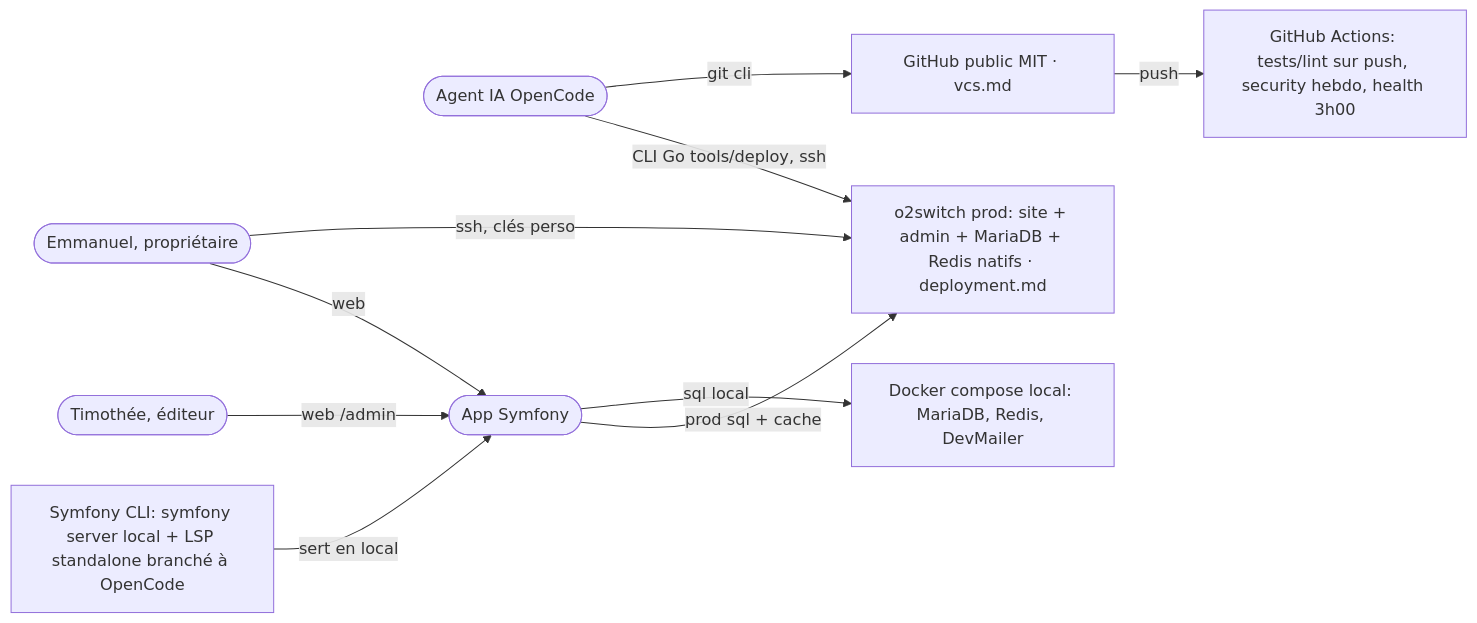
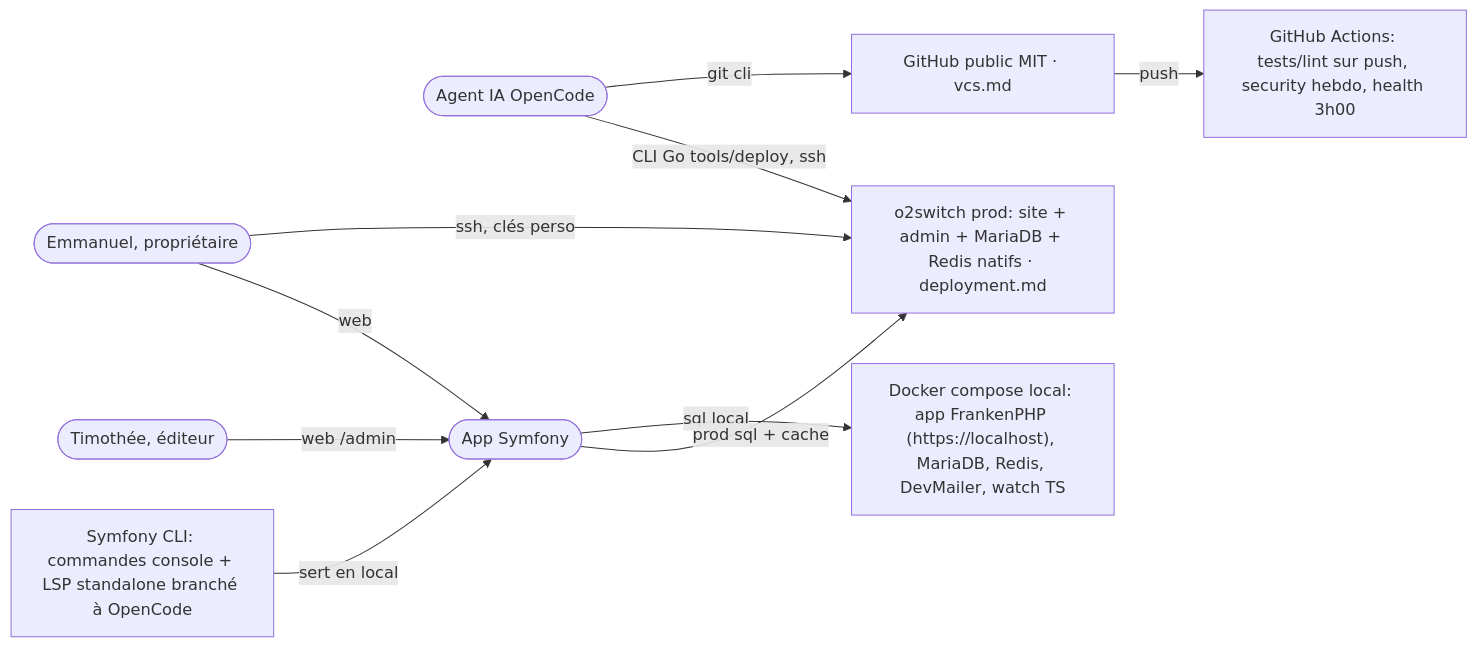
One commit to humanuoid/timothee-consulting.fr changed the diagram in aidd_docs/memory/ecosystem.md. Above: the diagram before and after it, drawn with Mermaid. The commit also changed other lines of this file and 12 other files, not shown here.

````diff
--- a/aidd_docs/memory/ecosystem.md
+++ b/aidd_docs/memory/ecosystem.md
@@ -3,22 +3,22 @@
 ```mermaid
 flowchart LR
     Human([Emmanuel, propriétaire])
     Editor([Timothée, éditeur])
     Agent([Agent IA OpenCode])
     App([App Symfony])
     Gh["GitHub public MIT · vcs.md"]
     O2["o2switch prod: site + admin + MariaDB + Redis natifs · deployment.md"]
-    Local["Docker compose local: MariaDB, Redis, DevMailer"]
+    Local["Docker compose local: app FrankenPHP (https://localhost), MariaDB, Redis, DevMailer, watch TS"]
     CI["GitHub Actions: tests/lint sur push, security hebdo, health 3h00"]
-    Cli["Symfony CLI: symfony server local + LSP standalone branché à OpenCode"]
+    Cli["Symfony CLI: commandes console + LSP standalone branché à OpenCode"]
 
     Agent -- "git cli" --> Gh
     Human -- "ssh, clés perso" --> O2
     Agent -- "CLI Go tools/deploy, ssh" --> O2
     Editor -- "web /admin" --> App
     Human -- "web" --> App
     App -- "sql local" --> Local
     App -- "prod sql + cache" --> O2
     Gh -- "push" --> CI
     Cli -- "sert en local" --> App
 ```
````
